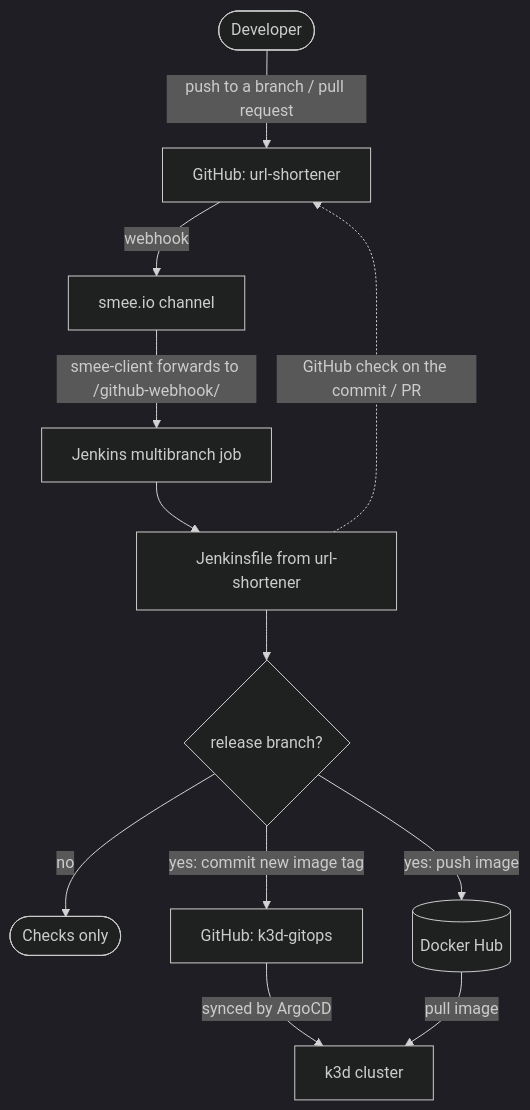
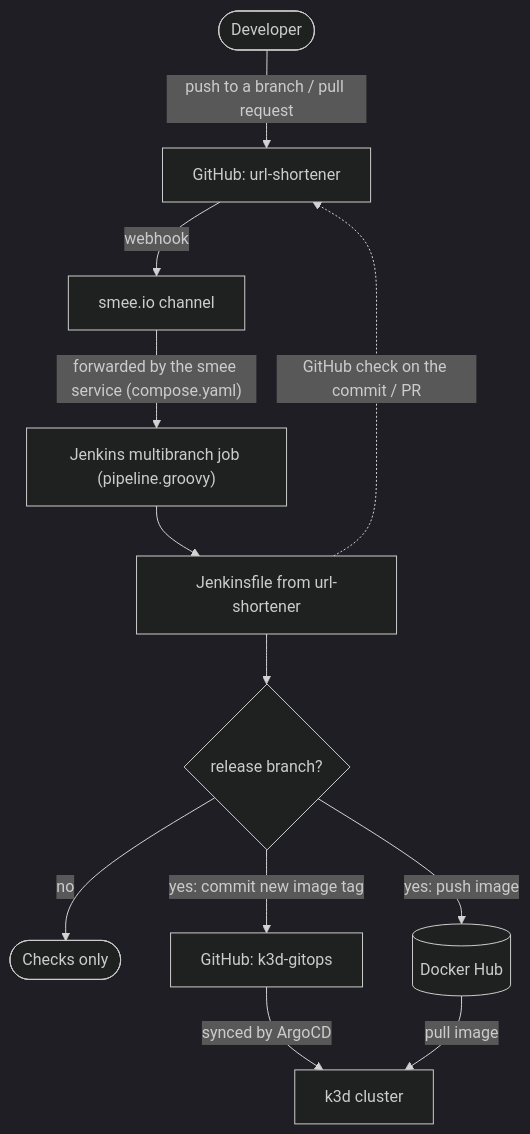
The diagram in readme.md (smallestcontainer/jenkins-gitops), drawn with Mermaid (dark theme) before and after one commit. The commit also changed other lines of this file and 1 other file, not shown here.

````diff
--- a/readme.md
+++ b/readme.md
@@ -20,14 +20,14 @@
 ```mermaid
 flowchart TD
     dev([Developer]) -->|push to a branch / pull request| repo[GitHub: url-shortener]
     repo -->|webhook| smee[smee.io channel]
-    smee -->|smee-client forwards to /github-webhook/| jenkins[Jenkins multibranch job]
+    smee -->|"forwarded by the smee service (compose.yaml)"| jenkins["Jenkins multibranch job (pipeline.groovy)"]
     jenkins --> pipeline[Jenkinsfile from url-shortener]
     pipeline -.->|GitHub check on the commit / PR| repo
     pipeline --> branch{release branch?}
     branch -->|no| done([Checks only])
     branch -->|yes: push image| hub[(Docker Hub)]
     branch -->|yes: commit new image tag| cd[GitHub: k3d-gitops]
     cd -->|synced by ArgoCD| k8s[k3d cluster]
     hub -->|pull image| k8s
 ```
````
